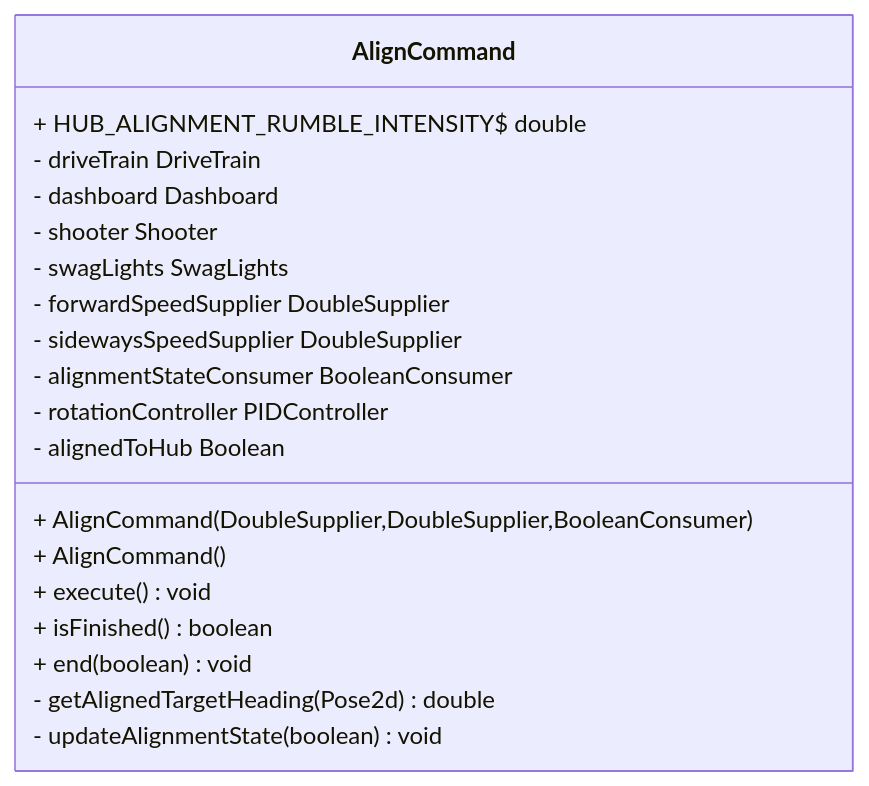
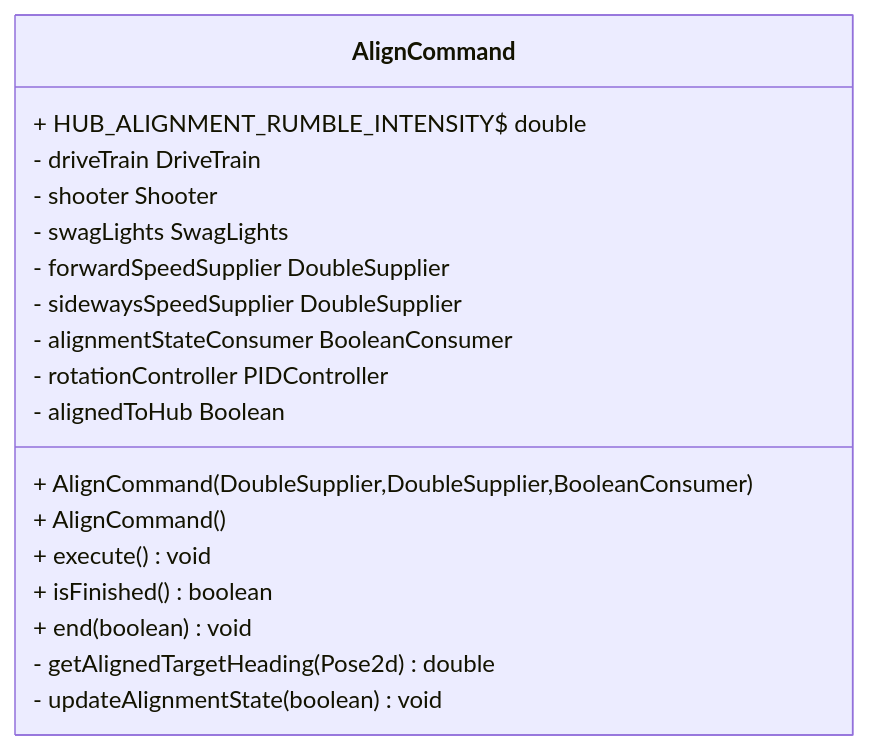
The diagram in src/uml/frc/robot/commands/AlignCommand.mmd (LakotaRobotics1038/2026RobotProject), drawn with Mermaid before and after one commit.

```diff
--- a/src/uml/frc/robot/commands/AlignCommand.mmd
+++ b/src/uml/frc/robot/commands/AlignCommand.mmd
@@ -1,22 +1,21 @@
 classDiagram
   direction LR
 
   class AlignCommand {
     + HUB_ALIGNMENT_RUMBLE_INTENSITY$ double
     - driveTrain DriveTrain
-    - dashboard Dashboard
     - shooter Shooter
     - swagLights SwagLights
     - forwardSpeedSupplier DoubleSupplier
     - sidewaysSpeedSupplier DoubleSupplier
     - alignmentStateConsumer BooleanConsumer
     - rotationController PIDController
     - alignedToHub Boolean
     + AlignCommand(DoubleSupplier,DoubleSupplier,BooleanConsumer)
     + AlignCommand()
     + execute() void
     + isFinished() boolean
     + end(boolean) void
     - getAlignedTargetHeading(Pose2d) double
     - updateAlignmentState(boolean) void
   }
```
